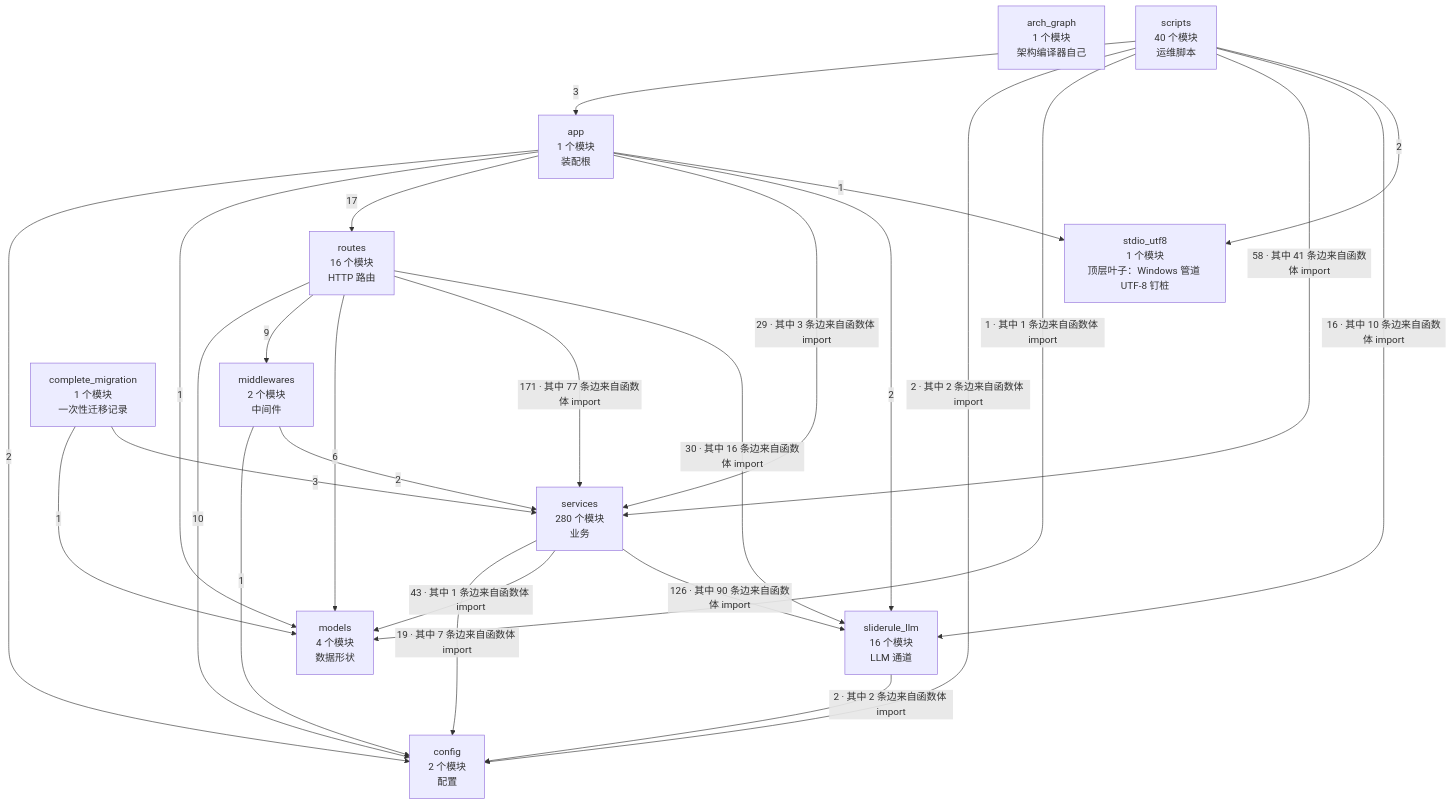
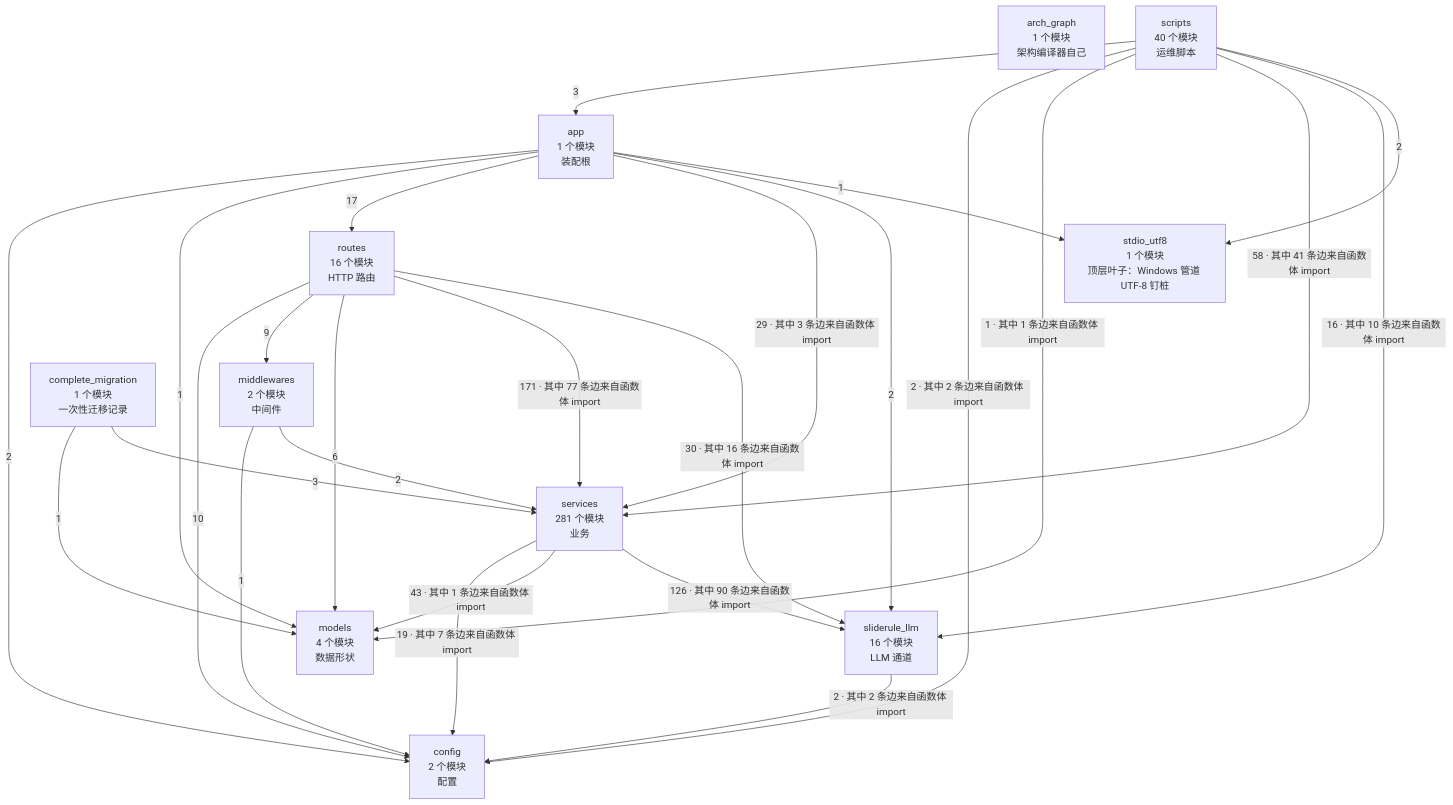
One commit to 2686521696/WhyBuddy changed the second of 4 diagrams in docs/SlideRule V6.2 架构图（自动生成）.md. Above: the diagram before and after it, drawn with Mermaid. The commit also changed other lines of this file and 13 other files, not shown here.

````diff
--- a/docs/SlideRule V6.2 架构图（自动生成）.md
+++ b/docs/SlideRule V6.2 架构图（自动生成）.md
@@ -62,39 +62,39 @@
 ```mermaid
 flowchart TB
   arch_graph["arch_graph<br/>1 个模块<br/>架构编译器自己"]
   config["config<br/>2 个模块<br/>配置"]
   models["models<br/>4 个模块<br/>数据形状"]
   stdio_utf8["stdio_utf8<br/>1 个模块<br/>顶层叶子：Windows 管道 UTF-8 钉桩"]
   sliderule_llm["sliderule_llm<br/>16 个模块<br/>LLM 通道"]
   middlewares["middlewares<br/>2 个模块<br/>中间件"]
-  services["services<br/>280 个模块<br/>业务"]
+  services["services<br/>281 个模块<br/>业务"]
   routes["routes<br/>16 个模块<br/>HTTP 路由"]
   app["app<br/>1 个模块<br/>装配根"]
   complete_migration["complete_migration<br/>1 个模块<br/>一次性迁移记录"]
   scripts["scripts<br/>40 个模块<br/>运维脚本"]
   app -->|2| config
   app -->|1| models
   app -->|17| routes
   app -->|29 · 其中 3 条边来自函数体 import| services
   app -->|2| sliderule_llm
   app -->|1| stdio_utf8
   complete_migration -->|1| models
   complete_migration -->|3| services
   middlewares -->|1| config
   middlewares -->|2| services
   routes -->|10| config
   routes -->|9| middlewares
   routes -->|6| models
   routes -->|171 · 其中 77 条边来自函数体 import| services
   routes -->|30 · 其中 16 条边来自函数体 import| sliderule_llm
   scripts -->|3| app
   scripts -->|2 · 其中 2 条边来自函数体 import| config
   scripts -->|1 · 其中 1 条边来自函数体 import| models
   scripts -->|58 · 其中 41 条边来自函数体 import| services
   scripts -->|16 · 其中 10 条边来自函数体 import| sliderule_llm
   scripts -->|2| stdio_utf8
   services -->|19 · 其中 7 条边来自函数体 import| config
   services -->|43 · 其中 1 条边来自函数体 import| models
   services -->|126 · 其中 90 条边来自函数体 import| sliderule_llm
   sliderule_llm -->|2 · 其中 2 条边来自函数体 import| config
 ```
````
